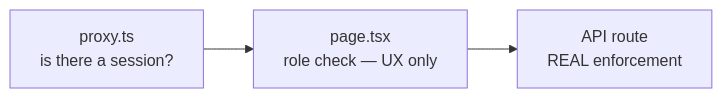
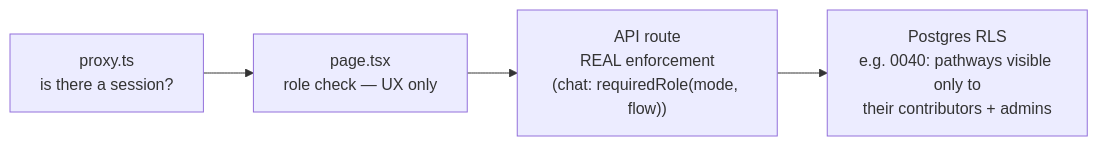
The third of 3 diagrams in docs/wiki/diffusion-cube/architecture/component-diagram.md (SwanandAI/diffusion-cube), drawn with Mermaid before and after one commit. The commit also changed other lines of this file and 64 other files, not shown here.

````diff
--- a/docs/wiki/diffusion-cube/architecture/component-diagram.md
+++ b/docs/wiki/diffusion-cube/architecture/component-diagram.md
@@ -131,4 +183,4 @@
 ```mermaid
 flowchart LR
-    A["proxy.ts<br/>is there a session?"] --> B["page.tsx<br/>role check — UX only"] --> C["API route<br/>REAL enforcement"]
+    A["proxy.ts<br/>is there a session?"] --> B["page.tsx<br/>role check — UX only"] --> C["API route<br/>REAL enforcement<br/>(chat: requiredRole(mode, flow))"] --> D["Postgres RLS<br/>e.g. 0040: pathways visible only to<br/>their contributors + admins"]
 ```
````
